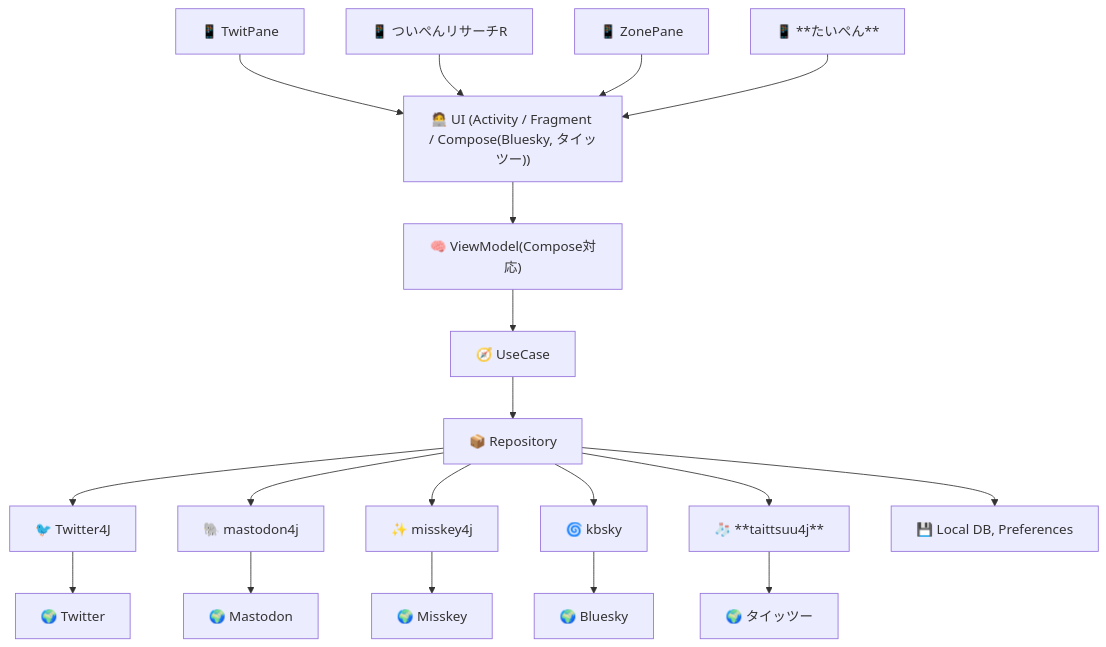
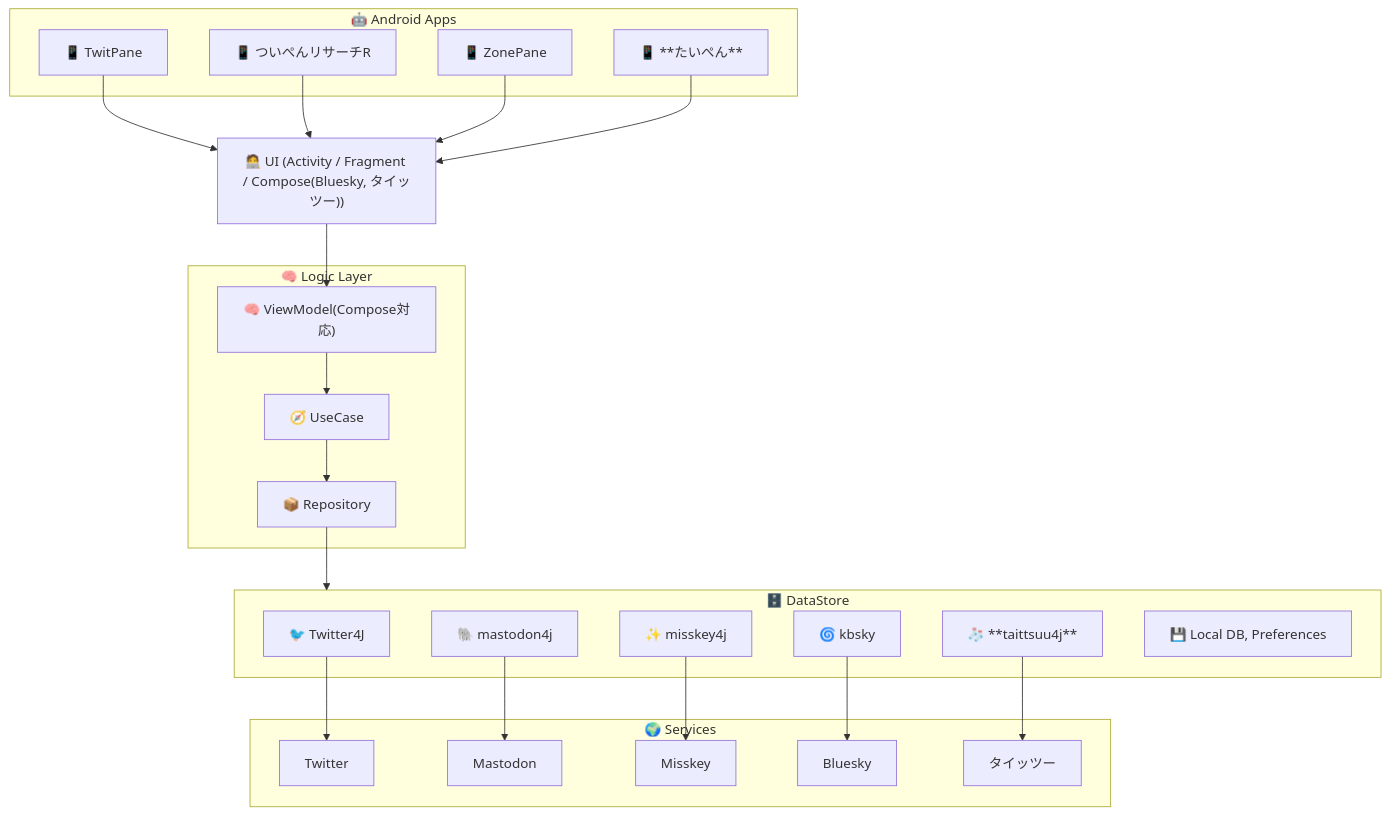
Before and after one commit to takke/mermaid_exam: the third of 7 diagrams in twitpane.md, drawn with Mermaid. The commit also changed other lines of this file, not shown here.

````diff
--- a/twitpane.md
+++ b/twitpane.md
@@ -158,39 +168,58 @@
 ```mermaid
 flowchart TD
-  TP["📱 TwitPane"]
-  TPR["📱 ついぺんリサーチR"]
-  ZP["📱 ZonePane"]
-  TAP["📱 **たいぺん**"]
+  %% Android Apps subgraph
+  subgraph AAP["🤖 Android Apps"]
+    TP["📱 TwitPane"]
+    TPR["📱 ついぺんリサーチR"]
+    ZP["📱 ZonePane"]
+    TAP["📱 **たいぺん**"]
+  end
 
+  %% UI Layer
   UI["🧑‍💻 UI (Activity / Fragment / Compose(Bluesky, タイッツー))"]
-  VM["🧠 ViewModel(Compose対応)"]
-  UC["🧭 UseCase"]
-  RP["📦 Repository"]
 
-  TW["🐦 Twitter4J"]
-  MA["🐘 mastodon4j"]
-  MI["✨ misskey4j"]
-  KB["🌀 kbsky"]
-  TT["🧦 **taittsuu4j**"]
-  DB["💾 Local DB, Preferences"]
+  %% Logic Layer subgraph
+  subgraph LG["🧠 Logic Layer"]
+    VM["🧠 ViewModel(Compose対応)"]
+    UC["🧭 UseCase"]
+    RP["📦 Repository"]
+  end
 
-  S_TW["🌍 Twitter"]
-  S_MA["🌍 Mastodon"]
-  S_MI["🌍 Misskey"]
-  S_KB["🌍 Bluesky"]
-  S_TT["🌍 タイッツー"]
+  %% DataSource subgraph
+  subgraph DS["🗄️ DataStore"]
+    TW["🐦 Twitter4J"]
+    MA["🐘 mastodon4j"]
+    MI["✨ misskey4j"]
+    KB["🌀 kbsky"]
+    TT["🧦 **taittsuu4j**"]
+    DB["💾 Local DB, Preferences"]
+  end
 
+  %% Service subgraph
+  subgraph SV["🌍 Services"]
+    S_TW["Twitter"]
+    S_MA["Mastodon"]
+    S_MI["Misskey"]
+    S_KB["Bluesky"]
+    S_TT["タイッツー"]
+  end
+
+  %% App connections
   TP --> UI
   TPR --> UI
   ZP --> UI
   TAP --> UI
 
+  %% UI to Logic
   UI --> VM --> UC --> RP
 
-  RP --> TW --> S_TW
-  RP --> MA --> S_MA
-  RP --> MI --> S_MI
-  RP --> KB --> S_KB
-  RP --> TT --> S_TT
-  RP --> DB
+  %% Repository to DataSources
+  RP --> DS
+
+  %% DataStore to Services
+  TW --> S_TW
+  MA --> S_MA
+  MI --> S_MI
+  KB --> S_KB
+  TT --> S_TT
 ```
````
